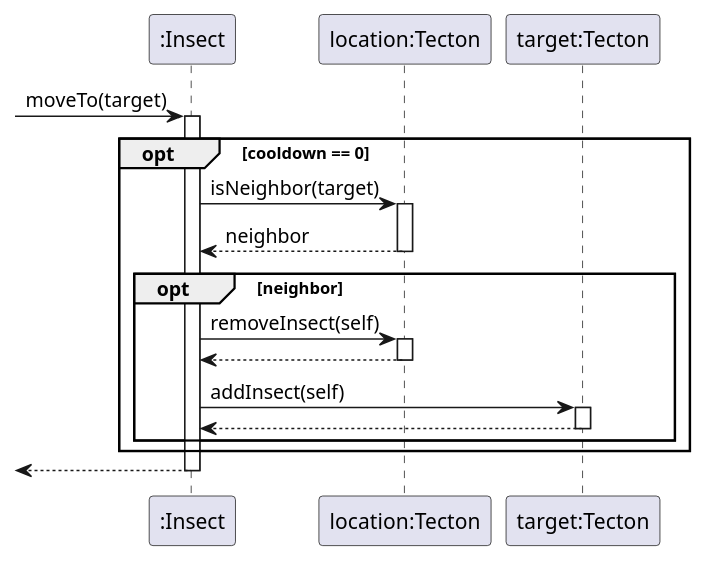
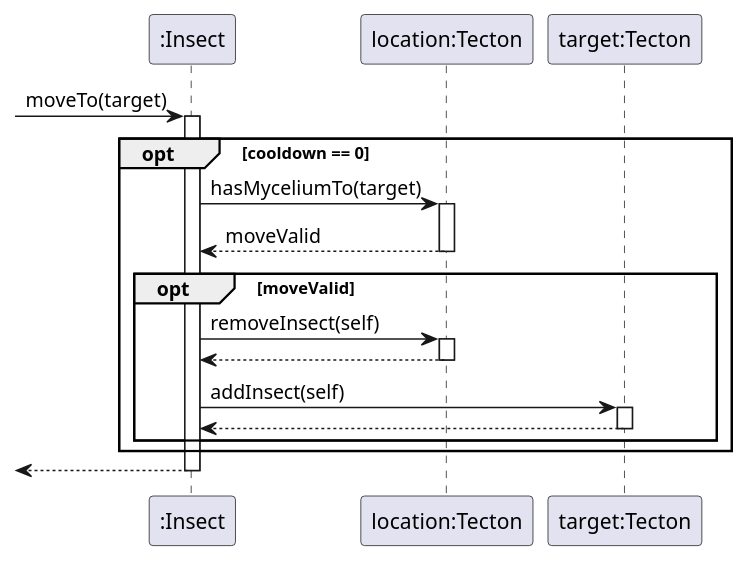
Before and after one commit to ZD4ve/projlab-error521: the diagram in Insect/move.pu, drawn with PlantUML. The commit also changed 2 other files, not shown here.

Commit message:
small insect and tecton changes

```diff
--- a/Insect/move.pu
+++ b/Insect/move.pu
@@ -1,39 +1,38 @@
 @startuml
 
 participant ":Insect" as insect
 participant "location:Tecton" as location
 participant "target:Tecton" as target
 
 
 -> insect : moveTo(target)
 activate insect
 
 opt cooldown == 0
 
-    insect -> location : isNeighbor(target)
+    insect -> location : hasMyceliumTo(target)
     activate location
 
-    insect <-- location : neighbor
+    insect <-- location : moveValid
     deactivate location
 
-    opt neighbor
+    opt moveValid
 
         insect -> location : removeInsect(self)
         activate location
 
         insect <-- location
         deactivate location
         
         insect -> target : addInsect(self)
         activate target
 
         insect <-- target
         deactivate target
     end
-
 end
 
 <-- insect
 deactivate insect
 
 @enduml
```
